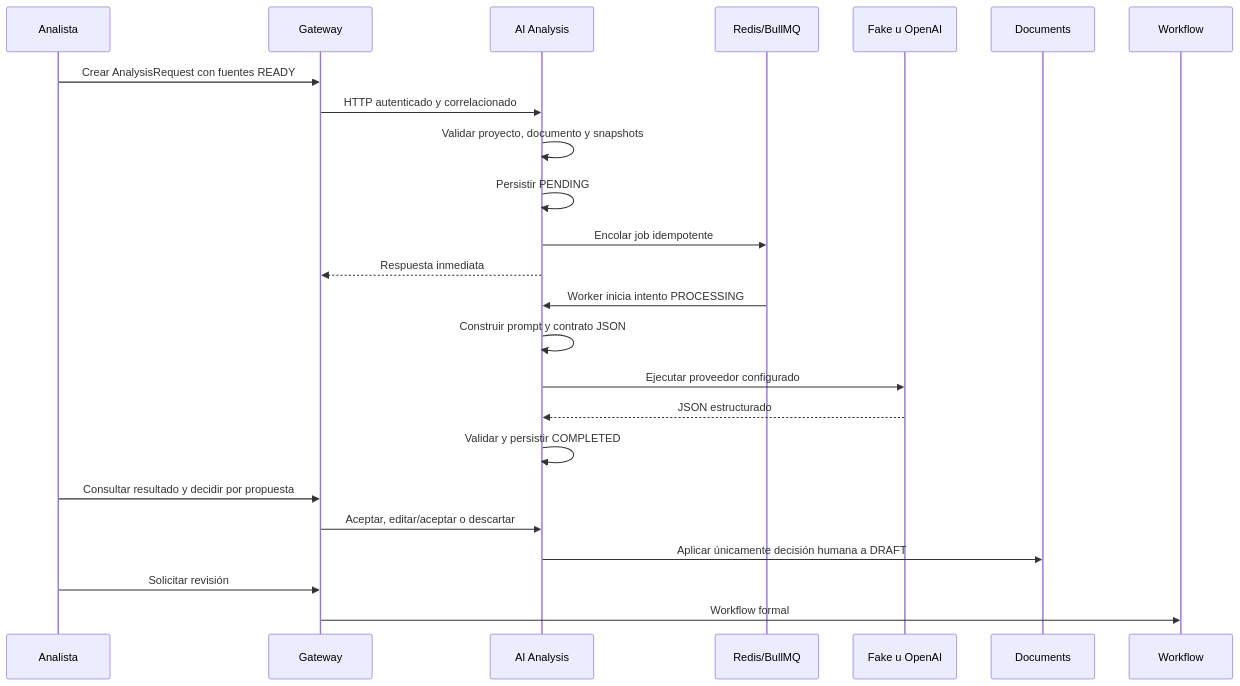
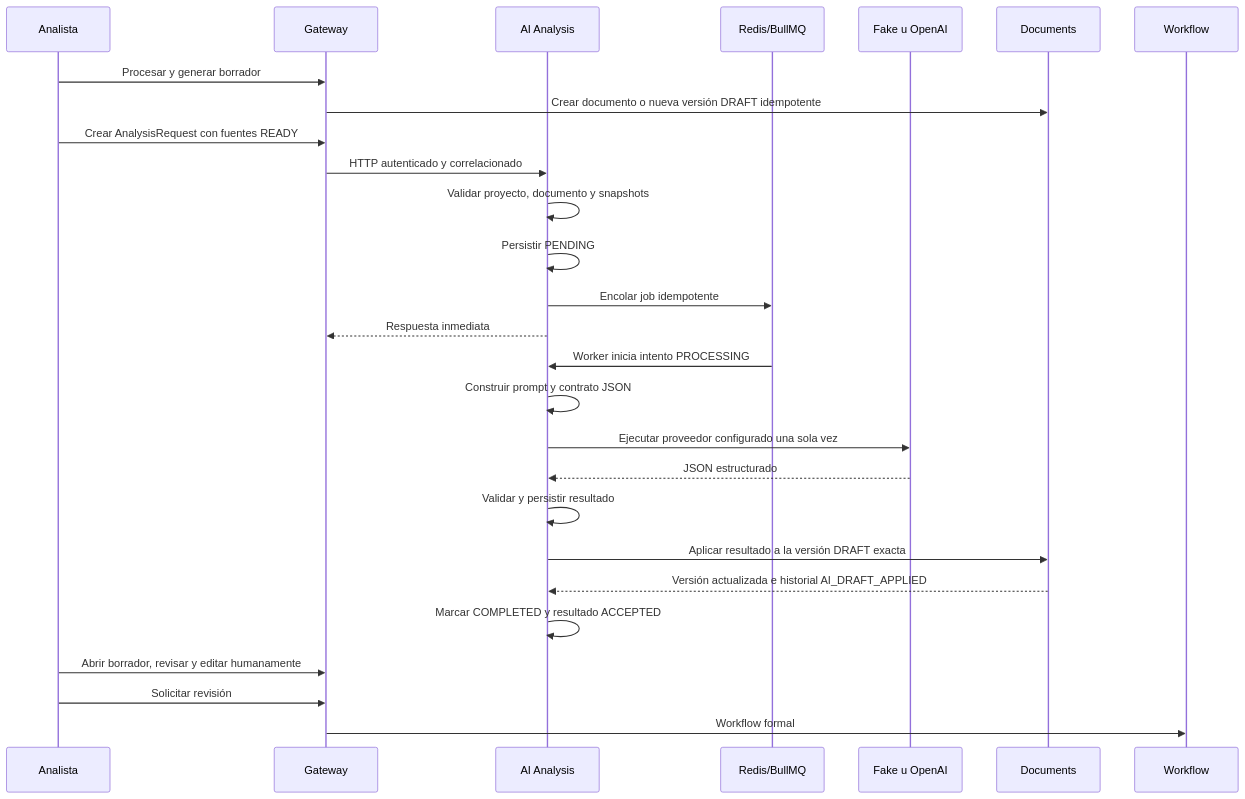
Before and after one commit to yeisonquintob/Levantamiento-RQ: the diagram in docs/architecture/ai-analysis-flow.md, drawn with Mermaid. The commit also changed other lines of this file and 6 other files, not shown here.

Commit message:
test: verify simplified AI document flow

````diff
--- a/docs/architecture/ai-analysis-flow.md
+++ b/docs/architecture/ai-analysis-flow.md
@@ -19,27 +22,30 @@
 ```mermaid
 sequenceDiagram
     participant U as Analista
     participant G as Gateway
     participant A as AI Analysis
     participant R as Redis/BullMQ
     participant P as Fake u OpenAI
     participant D as Documents
     participant W as Workflow
 
+    U->>G: Procesar y generar borrador
+    G->>D: Crear documento o nueva versión DRAFT idempotente
     U->>G: Crear AnalysisRequest con fuentes READY
     G->>A: HTTP autenticado y correlacionado
     A->>A: Validar proyecto, documento y snapshots
     A->>A: Persistir PENDING
     A->>R: Encolar job idempotente
     A-->>G: Respuesta inmediata
     R->>A: Worker inicia intento PROCESSING
     A->>A: Construir prompt y contrato JSON
-    A->>P: Ejecutar proveedor configurado
+    A->>P: Ejecutar proveedor configurado una sola vez
     P-->>A: JSON estructurado
-    A->>A: Validar y persistir COMPLETED
-    U->>G: Consultar resultado y decidir por propuesta
-    G->>A: Aceptar, editar/aceptar o descartar
-    A->>D: Aplicar únicamente decisión humana a DRAFT
+    A->>A: Validar y persistir resultado
+    A->>D: Aplicar resultado a la versión DRAFT exacta
+    D-->>A: Versión actualizada e historial AI_DRAFT_APPLIED
+    A->>A: Marcar COMPLETED y resultado ACCEPTED
+    U->>G: Abrir borrador, revisar y editar humanamente
     U->>G: Solicitar revisión
     G->>W: Workflow formal
 ```
````
